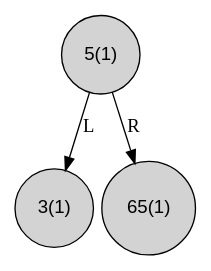
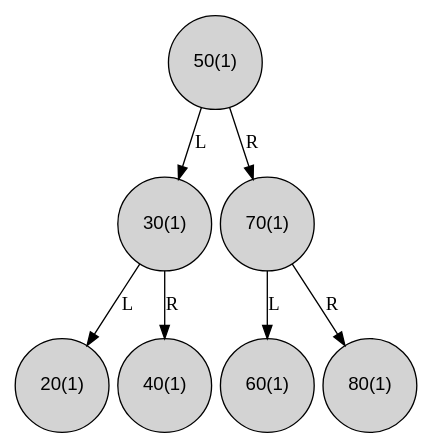
Before and after one commit to HenryD11703/estructuras-de-datos: the diagram in utils/graphviz/binarySearchTree.dot, drawn with Graphviz. The commit also changed 3 other files, not shown here.

```diff
--- a/utils/graphviz/binarySearchTree.dot
+++ b/utils/graphviz/binarySearchTree.dot
@@ -1,10 +1,18 @@
 digraph g {
 node [shape=circle, style=filled, fontname="Helvetica"];
-"0x5f1a534f3ad0"[label="5(1)"];
-"0x5f1a534f3ad0"->"0x5f1a534f3af0"[label="L", color=black]
-"0x5f1a534f3af0"[label="3(1)"];
-"0x5f1a534f3ad0"->"0x5f1a534f3b10"[label="R", color=black]
-"0x5f1a534f3b10"[label="65(1)"];
+"0x627fb934ead0"[label="50(1)"];
+"0x627fb934ead0"->"0x627fb934eaf0"[label="L", color=black]
+"0x627fb934eaf0"[label="30(1)"];
+"0x627fb934eaf0"->"0x627fb934eb10"[label="L", color=black]
+"0x627fb934eb10"[label="20(1)"];
+"0x627fb934eaf0"->"0x627fb934eb30"[label="R", color=black]
+"0x627fb934eb30"[label="40(1)"];
+"0x627fb934ead0"->"0x627fb934eb50"[label="R", color=black]
+"0x627fb934eb50"[label="70(1)"];
+"0x627fb934eb50"->"0x627fb934eb70"[label="L", color=black]
+"0x627fb934eb70"[label="60(1)"];
+"0x627fb934eb50"->"0x627fb934eb90"[label="R", color=black]
+"0x627fb934eb90"[label="80(1)"];
 rankdir=TB;
 nodesep = 0.1
 }
```
